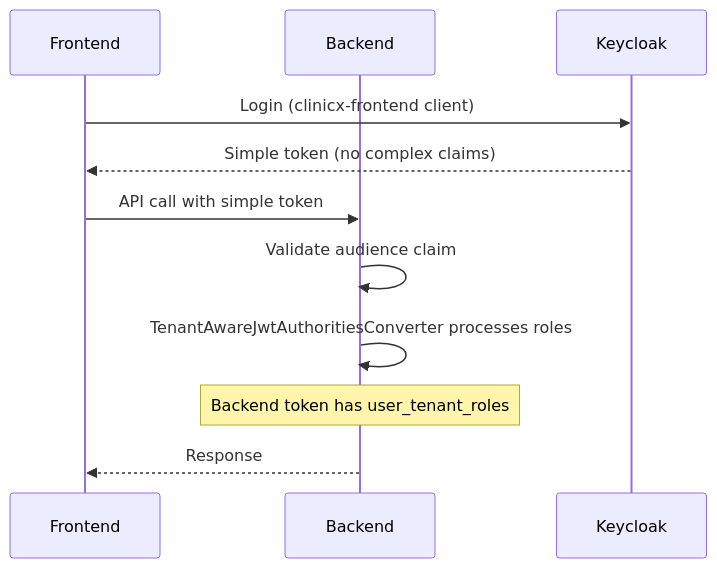
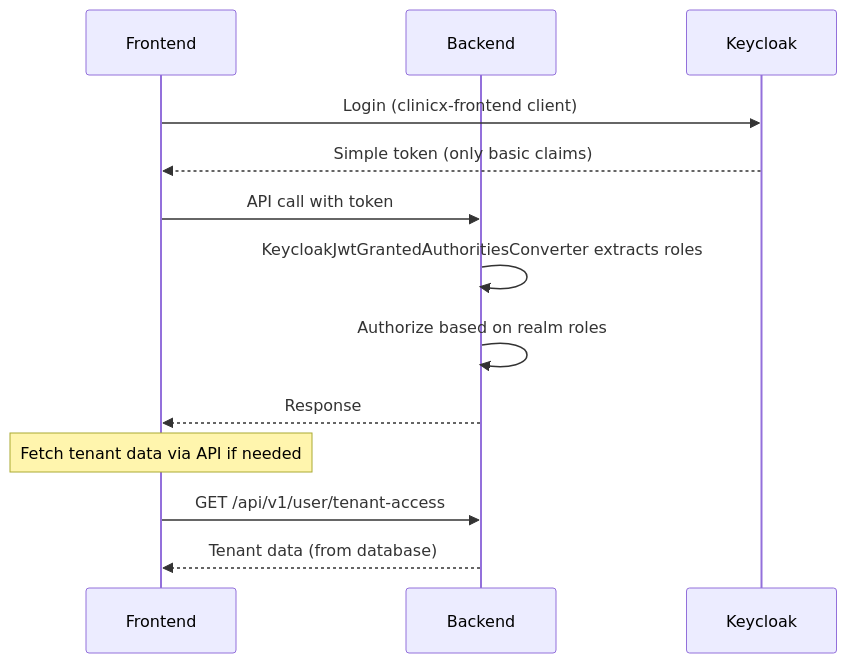
Before and after one commit to SezarMAB/clinicX: the second of 2 diagrams in docs/keycloak/Keycloak_Mapper_Frontend_Freeze_Issue_Updated_Solution.md, drawn with Mermaid. The commit also changed other lines of this file and 1 other file, not shown here.

Commit message:
feat: simplify Keycloak mapper architecture by removing complex JSON claims and updating service implementations

````diff
--- a/docs/keycloak/Keycloak_Mapper_Frontend_Freeze_Issue_Updated_Solution.md
+++ b/docs/keycloak/Keycloak_Mapper_Frontend_Freeze_Issue_Updated_Solution.md
@@ -581,14 +593,17 @@
 ```mermaid
 sequenceDiagram
     participant Frontend
     participant Backend
     participant Keycloak
     
     Frontend->>Keycloak: Login (clinicx-frontend client)
-    Keycloak-->>Frontend: Simple token (no complex claims)
-    Frontend->>Backend: API call with simple token
-    Backend->>Backend: Validate audience claim
-    Backend->>Backend: TenantAwareJwtAuthoritiesConverter processes roles
-    Note over Backend: Backend token has user_tenant_roles
+    Keycloak-->>Frontend: Simple token (only basic claims)
+    Frontend->>Backend: API call with token
+    Backend->>Backend: KeycloakJwtGrantedAuthoritiesConverter extracts roles
+    Backend->>Backend: Authorize based on realm roles
     Backend-->>Frontend: Response
+    
+    Note over Frontend: Fetch tenant data via API if needed
+    Frontend->>Backend: GET /api/v1/user/tenant-access
+    Backend-->>Frontend: Tenant data (from database)
 ```
````
